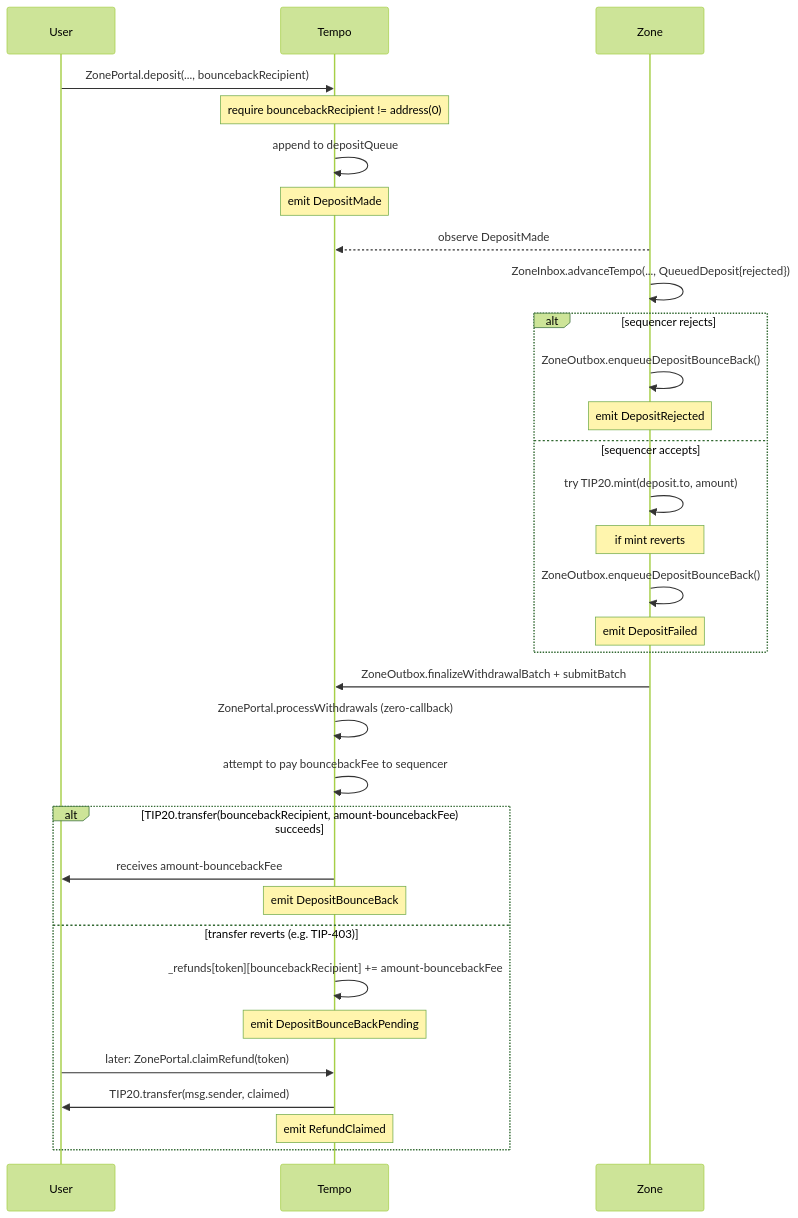
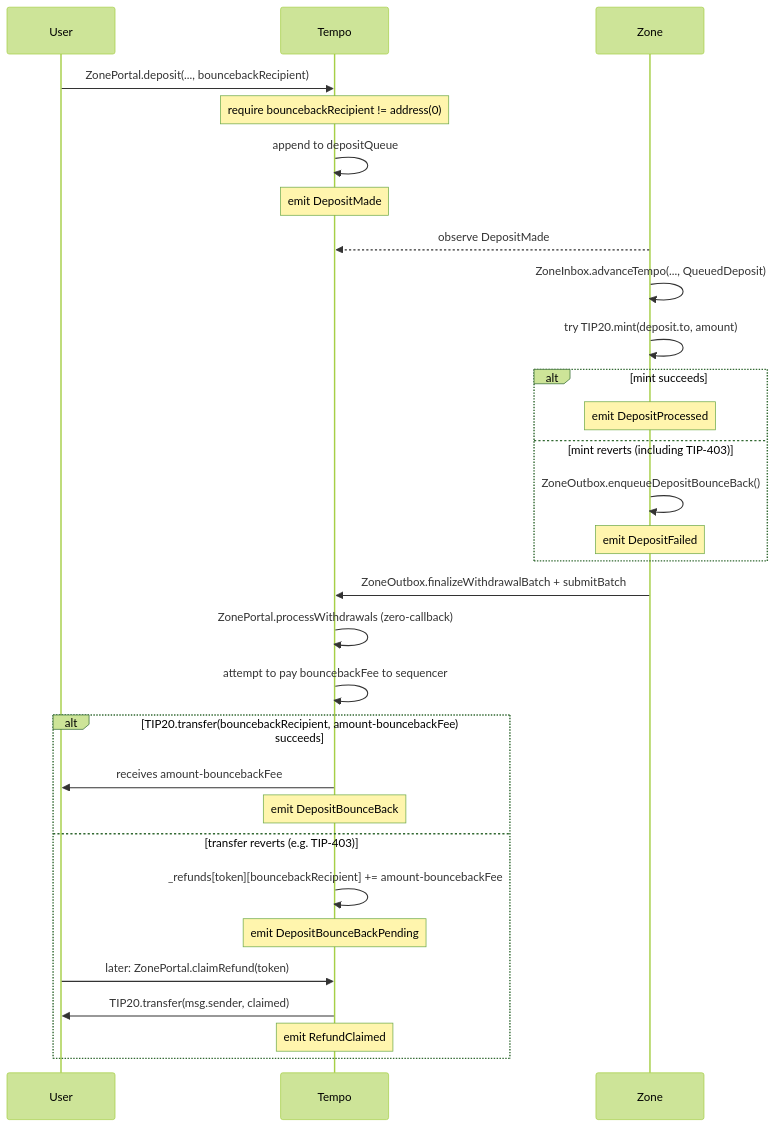
The fourth of 6 diagrams in specs/spec.md (Dustin4444/zones), drawn with Mermaid (forest theme) before and after one commit. The commit also changed other lines of this file, not shown here.

First line of the commit message:
docs(inbox): drop sequencer-controlled `QueueDeposit.rejected` (#721)

````diff
--- a/specs/spec.md
+++ b/specs/spec.md
@@ -531,35 +529,33 @@
 ```mermaid
 sequenceDiagram
     participant U as User
     participant T as Tempo
     participant Z as Zone
 
     U->>T: ZonePortal.deposit(..., bouncebackRecipient)
     Note over T: require bouncebackRecipient != address(0)
     T->>T: append to depositQueue
     Note over T: emit DepositMade
     Z-->>T: observe DepositMade
-    Z->>Z: ZoneInbox.advanceTempo(..., QueuedDeposit{rejected})
-    alt sequencer rejects
-        Z->>Z: ZoneOutbox.enqueueDepositBounceBack()
-        Note over Z: emit DepositRejected
-    else sequencer accepts
-        Z->>Z: try TIP20.mint(deposit.to, amount)
-        Note over Z: if mint reverts
+    Z->>Z: ZoneInbox.advanceTempo(..., QueuedDeposit)
+    Z->>Z: try TIP20.mint(deposit.to, amount)
+    alt mint succeeds
+        Note over Z: emit DepositProcessed
+    else mint reverts (including TIP-403)
         Z->>Z: ZoneOutbox.enqueueDepositBounceBack()
         Note over Z: emit DepositFailed
     end
     Z->>T: ZoneOutbox.finalizeWithdrawalBatch + submitBatch
     T->>T: ZonePortal.processWithdrawals (zero-callback)
     T->>T: attempt to pay bouncebackFee to sequencer
     alt TIP20.transfer(bouncebackRecipient, amount-bouncebackFee) succeeds
         T->>U: receives amount-bouncebackFee
         Note over T: emit DepositBounceBack
     else transfer reverts (e.g. TIP-403)
         T->>T: _refunds[token][bouncebackRecipient] += amount-bouncebackFee
         Note over T: emit DepositBounceBackPending
         U->>T: later: ZonePortal.claimRefund(token)
         T->>U: TIP20.transfer(msg.sender, claimed)
         Note over T: emit RefundClaimed
     end
 ```
````
